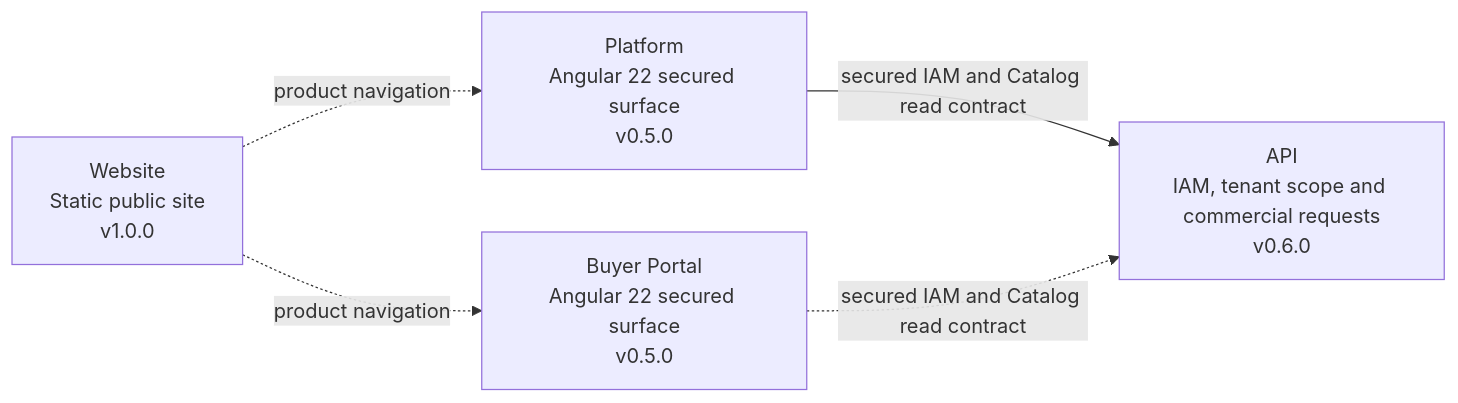
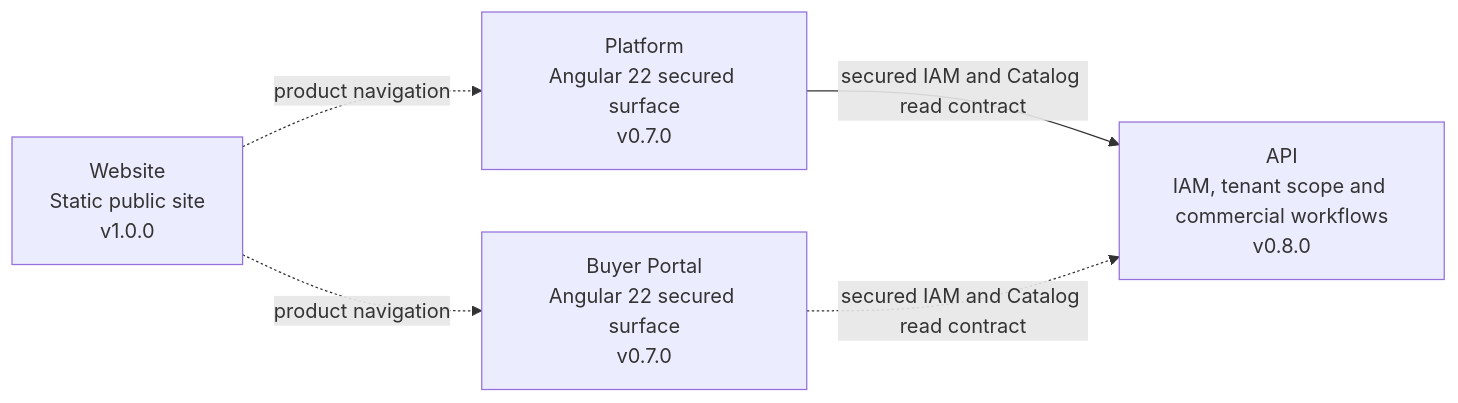
The diagram in README.md (nexa-suite/platform), drawn with Mermaid before and after one commit. The commit also changed other lines of this file and 5 other files, not shown here.

````diff
--- a/README.md
+++ b/README.md
@@ -29,12 +31,12 @@
 ```mermaid
 flowchart LR
     Website["Website<br/>Static public site<br/>v1.0.0"]
-    Platform["Platform<br/>Angular 22 secured surface<br/>v0.5.0"]
-    Portal["Buyer Portal<br/>Angular 22 secured surface<br/>v0.5.0"]
-    API["API<br/>IAM, tenant scope and commercial requests<br/>v0.6.0"]
+    Platform["Platform<br/>Angular 22 secured surface<br/>v0.7.0"]
+    Portal["Buyer Portal<br/>Angular 22 secured surface<br/>v0.7.0"]
+    API["API<br/>IAM, tenant scope and commercial workflows<br/>v0.8.0"]
 
     Website -. "product navigation" .-> Platform
     Website -. "product navigation" .-> Portal
     Platform -->|"secured IAM and Catalog read contract"| API
     Portal -. "secured IAM and Catalog read contract" .-> API
 ```
````
